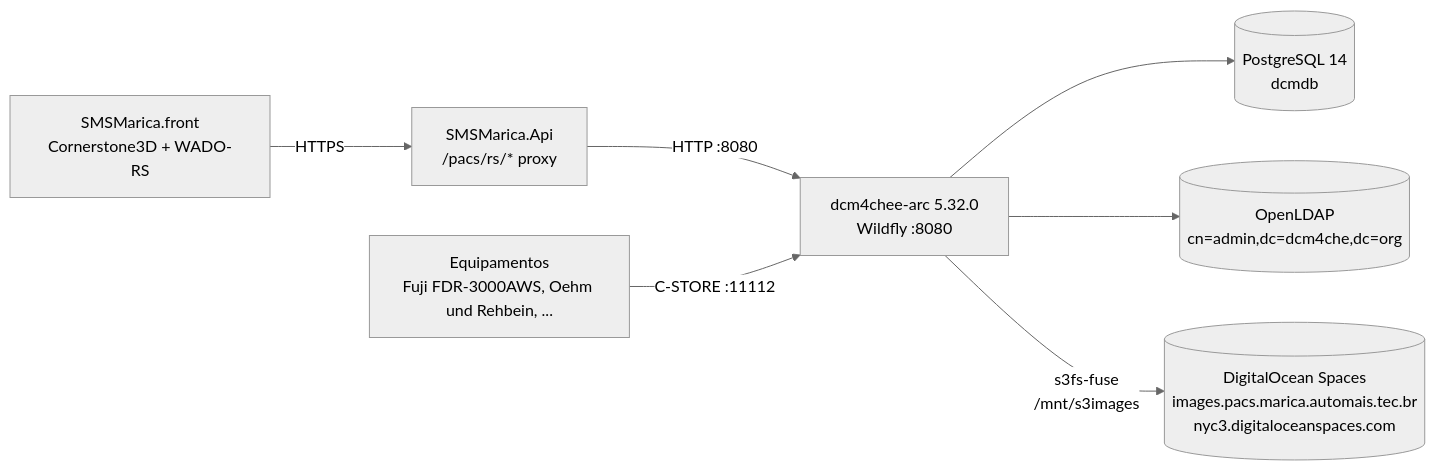
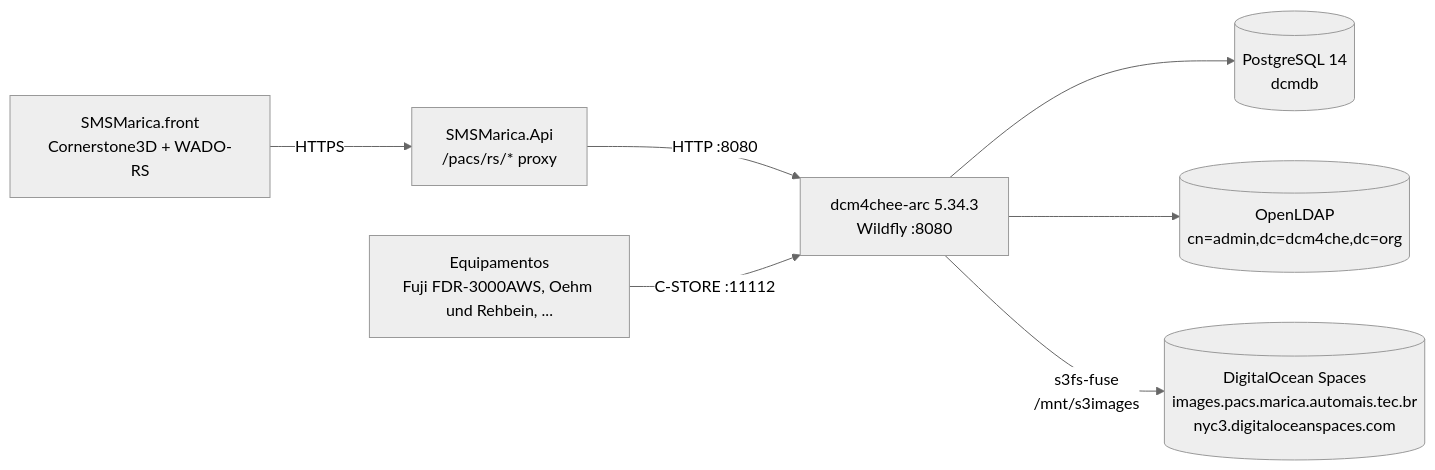
The diagram in docs/pacs.md (AutomaisIO/SMSMarica), drawn with Mermaid (neutral theme) before and after one commit. The commit also changed other lines of this file, not shown here.

````diff
--- a/docs/pacs.md
+++ b/docs/pacs.md
@@ -16,16 +16,16 @@
 ```mermaid
 flowchart LR
   Front[SMSMarica.front<br/>Cornerstone3D + WADO-RS]
   Api[SMSMarica.Api<br/>/pacs/rs/* proxy]
-  Arc[dcm4chee-arc 5.32.0<br/>Wildfly :8080]
+  Arc[dcm4chee-arc 5.34.3<br/>Wildfly :8080]
   PG[(PostgreSQL 14<br/>dcmdb)]
   LDAP[(OpenLDAP<br/>cn=admin,dc=dcm4che,dc=org)]
   S3[(DigitalOcean Spaces<br/>images.pacs.marica.automais.tec.br<br/>nyc3.digitaloceanspaces.com)]
   Mod[Equipamentos<br/>Fuji FDR-3000AWS, Oehm und Rehbein, ...]
 
   Front -->|HTTPS| Api -->|HTTP :8080| Arc
   Arc --> PG
   Arc --> LDAP
   Arc -->|s3fs-fuse<br/>/mnt/s3images| S3
   Mod -->|C-STORE :11112| Arc
 ```
````
